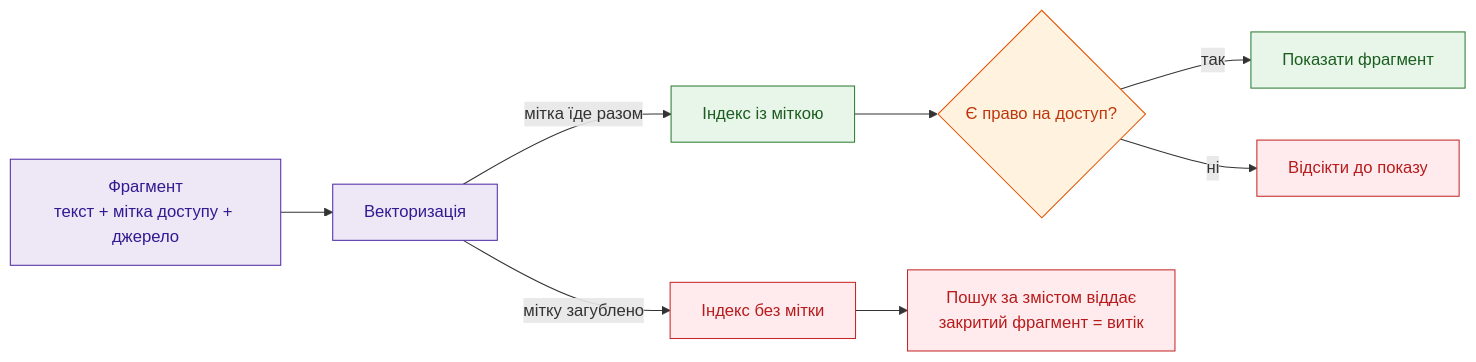
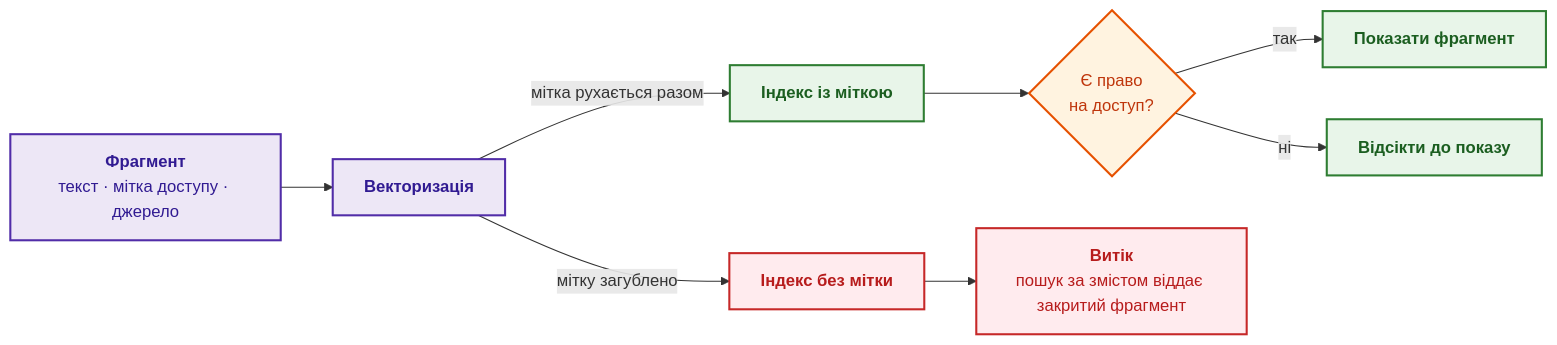
One commit to nick-fedchik/articles changed the eighth of 9 diagrams in ExpertSystem/ch08-engineering-artifacts-as-data.md. Above: the diagram before and after it, drawn with Mermaid. The commit also changed other lines of this file, not shown here.

````diff
--- a/ExpertSystem/ch08-engineering-artifacts-as-data.md
+++ b/ExpertSystem/ch08-engineering-artifacts-as-data.md
@@ -644,23 +587,23 @@
 ```mermaid
 graph LR
-    accTitle: Збереження міток безпеки та запобігання витоку
-    accDescr: Проходження метаданих доступу через конвеєр векторизації та фільтрація результатів пошуку на основі прав користувача.
+    accTitle: Збереження мітки доступу й запобігання витоку
+    accDescr: Якщо мітка доступу проходить векторизацію разом із фрагментом, пошук відсікає заборонений фрагмент до показу; якщо мітку загублено, пошук за змістом віддає закритий фрагмент.
 
-    F["Фрагмент<br/>текст + мітка доступу + джерело"] --> V["Векторизація"]
-    V -->|мітка їде разом| IDX["Індекс із міткою"]
-    V -->|мітку загублено| BAD["Індекс без мітки"]
-    IDX --> Gate{"Є право на доступ?"}
-    Gate -->|так| Show["Показати фрагмент"]
-    Gate -->|ні| Block["Відсікти до показу"]
-    BAD --> Leak["Пошук за змістом віддає<br/>закритий фрагмент = витік"]
+    F["<b>Фрагмент</b><br/>текст · мітка доступу · джерело"] --> V["<b>Векторизація</b>"]
+    V -->|"мітка рухається разом"| IDX["<b>Індекс із міткою</b>"]
+    V -->|"мітку загублено"| BAD["<b>Індекс без мітки</b>"]
+    IDX --> Gate{"Є право<br/>на доступ?"}
+    Gate -->|"так"| Show["<b>Показати фрагмент</b>"]
+    Gate -->|"ні"| Block["<b>Відсікти до показу</b>"]
+    BAD --> Leak["<b>Витік</b><br/>пошук за змістом віддає закритий фрагмент"]
 
-    classDef frag fill:#ede7f6,stroke:#512da8,color:#311b92;
-    classDef goodIdx fill:#e8f5e9,stroke:#2e7d32,color:#1b5e20;
-    classDef badIdx fill:#ffebee,stroke:#c62828,color:#b71c1c;
-    classDef gate fill:#fff3e0,stroke:#e65100,color:#bf360c;
+    classDef frag fill:#ede7f6,stroke:#512da8,stroke-width:2px,color:#311b92;
+    classDef goodIdx fill:#e8f5e9,stroke:#2e7d32,stroke-width:2px,color:#1b5e20;
+    classDef badIdx fill:#ffebee,stroke:#c62828,stroke-width:2px,color:#b71c1c;
+    classDef gate fill:#fff3e0,stroke:#e65100,stroke-width:2px,color:#bf360c;
 
     class F,V frag;
-    class IDX,Show goodIdx;
-    class BAD,Leak,Block badIdx;
+    class IDX,Show,Block goodIdx;
+    class BAD,Leak badIdx;
     class Gate gate;
 ```
````
